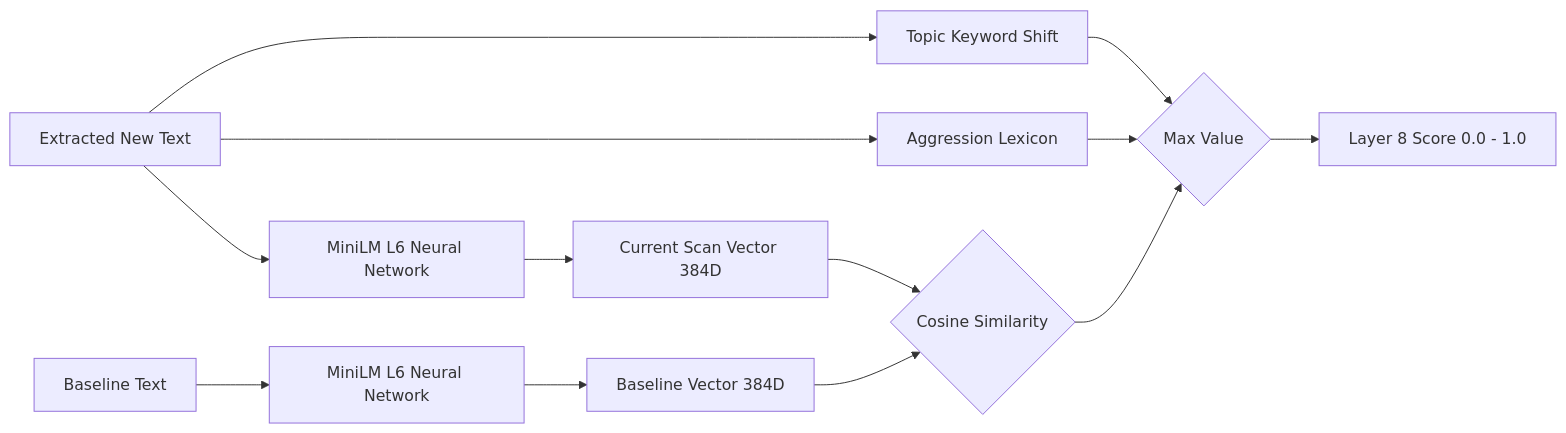
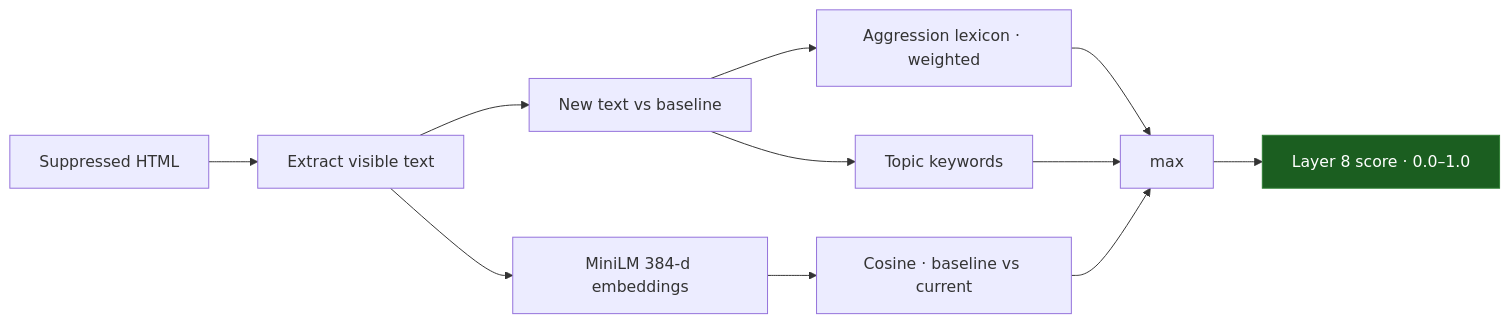
Before and after one commit to Ns81000/WARDRESS: the diagram in docs/layers/8-semantics.mdx, drawn with Mermaid. The commit also changed other lines of this file and 20 other files, not shown here.

Commit message:
docs: initialize project documentation suite with architectural overviews, detection layer details, and frontend workbench guides

````diff
--- a/docs/layers/8-semantics.mdx
+++ b/docs/layers/8-semantics.mdx
@@ -16,19 +23,16 @@
 ```mermaid
-graph LR
-    TEXT[Extracted New Text] --> TOPIC[Topic Keyword Shift]
-    TEXT --> AGGRESSION[Aggression Lexicon]
-    TEXT --> MINILM[MiniLM L6 Neural Network]
-    
-    MINILM --> EMB_C[Current Scan Vector 384D]
-    BASELINE_TEXT[Baseline Text] --> MINILM_B[MiniLM L6 Neural Network]
-    MINILM_B --> EMB_B[Baseline Vector 384D]
-    
-    EMB_C --> COSINE{Cosine Similarity}
-    EMB_B --> COSINE
-    
-    TOPIC --> MAX{Max Value}
-    AGGRESSION --> MAX
-    COSINE --> MAX
-    
-    MAX --> OUT[Layer 8 Score 0.0 - 1.0]
+flowchart LR
+    HTML[Suppressed HTML] --> VT[Extract visible text]
+    VT --> NT[New text vs baseline]
+    NT --> AG[Aggression lexicon · weighted]
+    NT --> TP[Topic keywords]
+    VT --> EMB[MiniLM 384-d embeddings]
+    EMB --> COS[Cosine · baseline vs current]
+    AG --> M[max]
+    TP --> M
+    COS --> M
+    M --> OUT[Layer 8 score · 0.0–1.0]
+
+    classDef out fill:#1b5e20,stroke:#2e7d32,color:#fff;
+    class OUT out;
 ```
````
